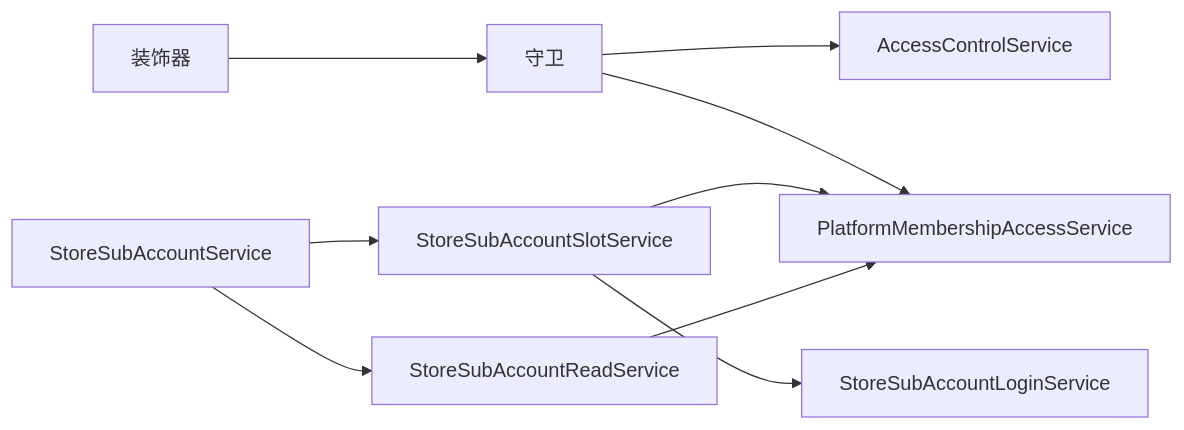
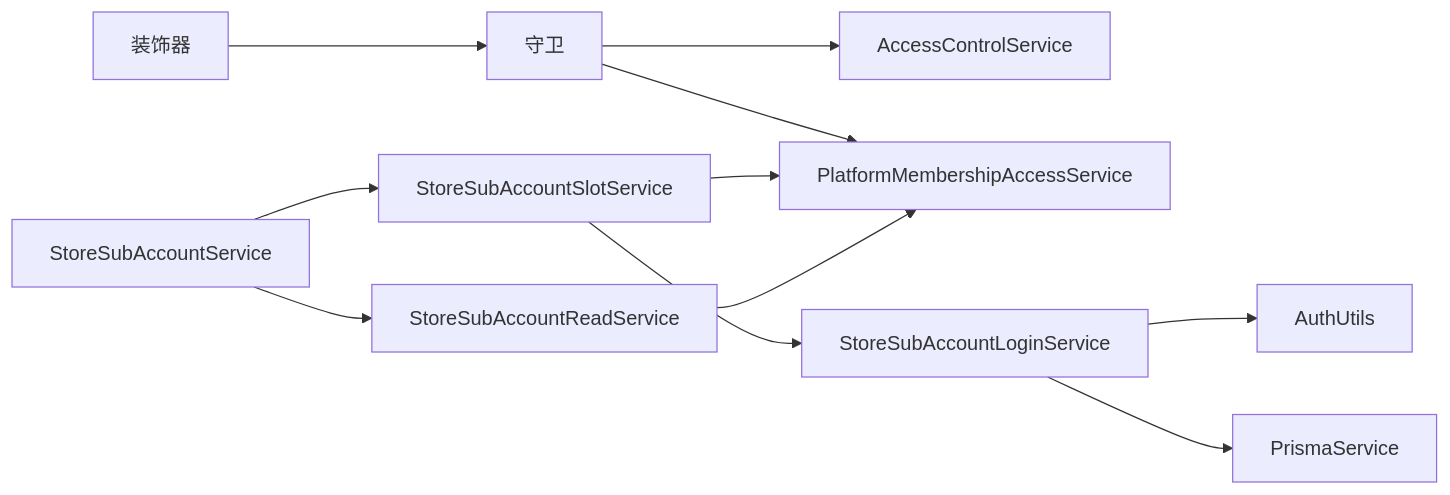
One commit to rc558620/purelyprofit-server changed the eighth of 8 diagrams in .qoder/repowiki/zh/content/认证授权系统/子账户管理.md. Above: the diagram before and after it, drawn with Mermaid. The commit also changed other lines of this file and 35 other files, not shown here.

````diff
--- a/.qoder/repowiki/zh/content/认证授权系统/子账户管理.md
+++ b/.qoder/repowiki/zh/content/认证授权系统/子账户管理.md
@@ -307,11 +351,13 @@
 ```mermaid
 graph LR
 Decorators["装饰器"] --> Guards["守卫"]
 Guards --> ACService["AccessControlService"]
 Guards --> PM["PlatformMembershipAccessService"]
 Svc["StoreSubAccountService"] --> SlotSvc["StoreSubAccountSlotService"]
 Svc --> ReadSvc["StoreSubAccountReadService"]
 SlotSvc --> LoginSvc["StoreSubAccountLoginService"]
 SlotSvc --> PM
 ReadSvc --> PM
+LoginSvc --> Utils["AuthUtils"]
+LoginSvc --> DB["PrismaService"]
 ```
````
